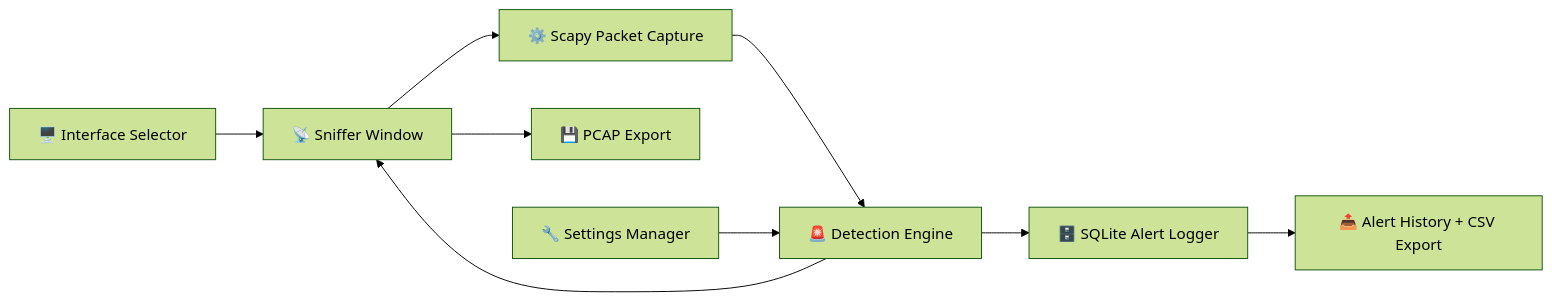
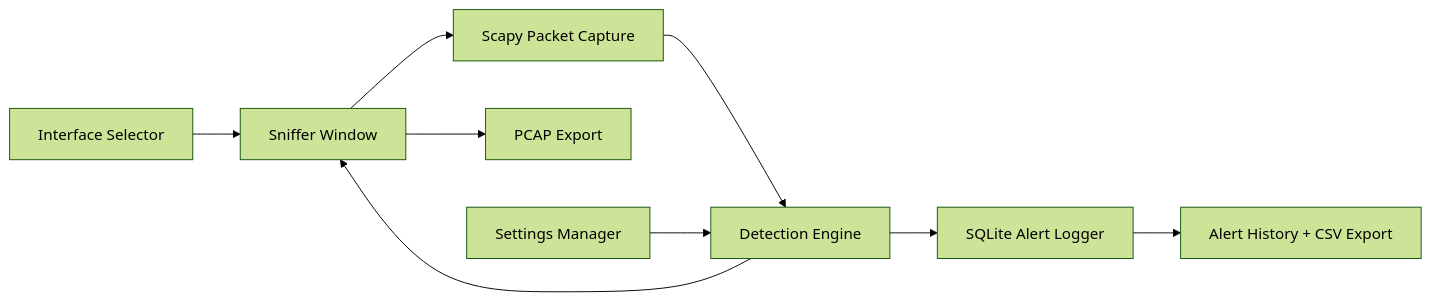
One commit to Manishsarkar1/Network-Intrusion-Detection-System-NIDS- changed the diagram in README.md. Above: the diagram before and after it, drawn with Mermaid (forest theme). The commit also changed other lines of this file, not shown here.

````diff
--- a/README.md
+++ b/README.md
@@ -77,11 +71,11 @@
 ```mermaid
 flowchart LR
-    A["🖥️ Interface Selector"] --> B["📡 Sniffer Window"]
-    B --> C["⚙️ Scapy Packet Capture"]
-    C --> D["🚨 Detection Engine"]
-    D --> E["🗄️ SQLite Alert Logger"]
+    A["Interface Selector"] --> B["Sniffer Window"]
+    B --> C["Scapy Packet Capture"]
+    C --> D["Detection Engine"]
+    D --> E["SQLite Alert Logger"]
     D --> B
-    E --> F["📤 Alert History + CSV Export"]
-    B --> G["💾 PCAP Export"]
-    H["🔧 Settings Manager"] --> D
+    E --> F["Alert History + CSV Export"]
+    B --> G["PCAP Export"]
+    H["Settings Manager"] --> D
 ```
````
